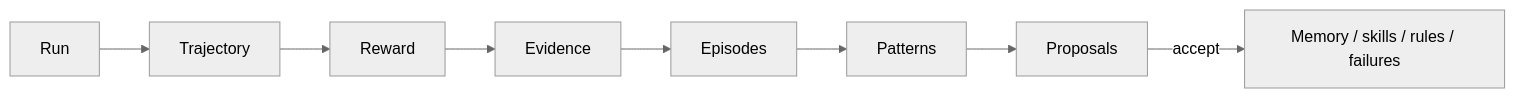
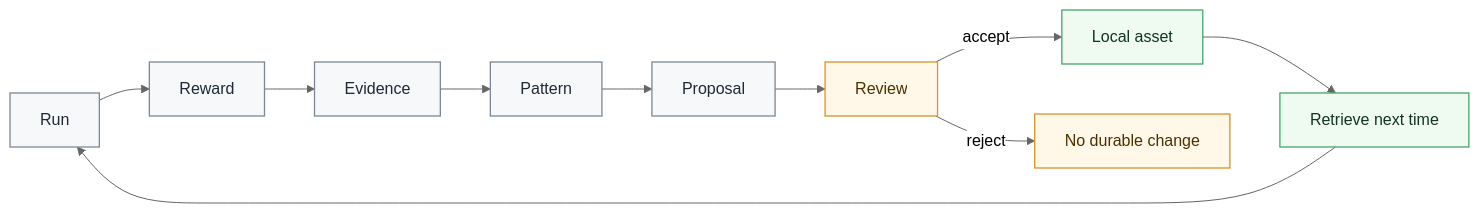
The second of 2 diagrams in README.md (Praxile-Alpha/Praxile), drawn with Mermaid (neutral theme) before and after one commit. The commit also changed other lines of this file and 1 other file, not shown here.

````diff
--- a/README.md
+++ b/README.md
@@ -552,10 +150,11 @@
 ```mermaid
 flowchart LR
-    A["Run"] --> B["Trajectory"]
-    B --> C["Reward"]
-    C --> D["Evidence"]
-    D --> E["Episodes"]
-    E --> F["Patterns"]
-    F --> G["Proposals"]
-    G -->|accept| H["Memory / skills / rules / failures"]
+    classDef step fill:#F6F8FA,stroke:#7B8794,color:#1F2937,stroke-width:1.3px;
+    classDef review fill:#FFF7E8,stroke:#D8942A,color:#4A3200,stroke-width:1.3px;
+    classDef asset fill:#EFFAF0,stroke:#45A66A,color:#12351F,stroke-width:1.3px;
+
+    A["Run"]:::step --> B["Reward"]:::step --> C["Evidence"]:::step --> D["Pattern"]:::step --> E["Proposal"]:::step --> F["Review"]:::review
+    F -->|accept| G["Local asset"]:::asset
+    F -->|reject| H["No durable change"]:::review
+    G --> I["Retrieve next time"]:::asset --> A
 ```
````
